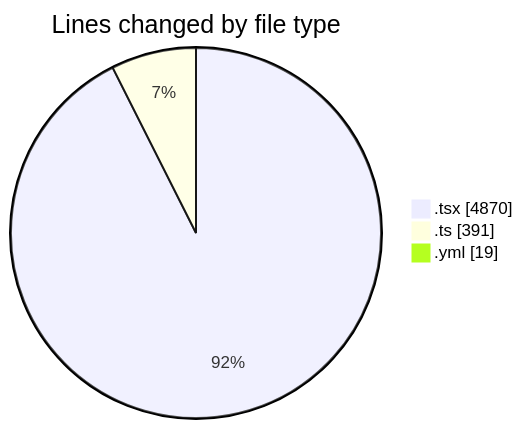
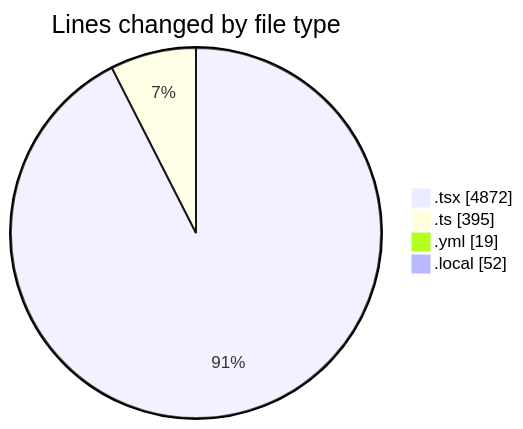
Before and after one commit to julien-gomy/code-tracking: the first of 2 diagrams in 2025-11-18/eventscop-frontend-guide__workspace_/README.md, drawn with Mermaid. The commit also changed other lines of this file and 1 other file, not shown here.

````diff
--- a/2025-11-18/eventscop-frontend-guide__workspace_/README.md
+++ b/2025-11-18/eventscop-frontend-guide__workspace_/README.md
@@ -60,7 +61,8 @@
 ```mermaid
 pie showData
 title Lines changed by file type
-".tsx" : 4870
-".ts" : 391
+".tsx" : 4872
+".ts" : 395
 ".yml" : 19
+".local" : 52
 ```
````
